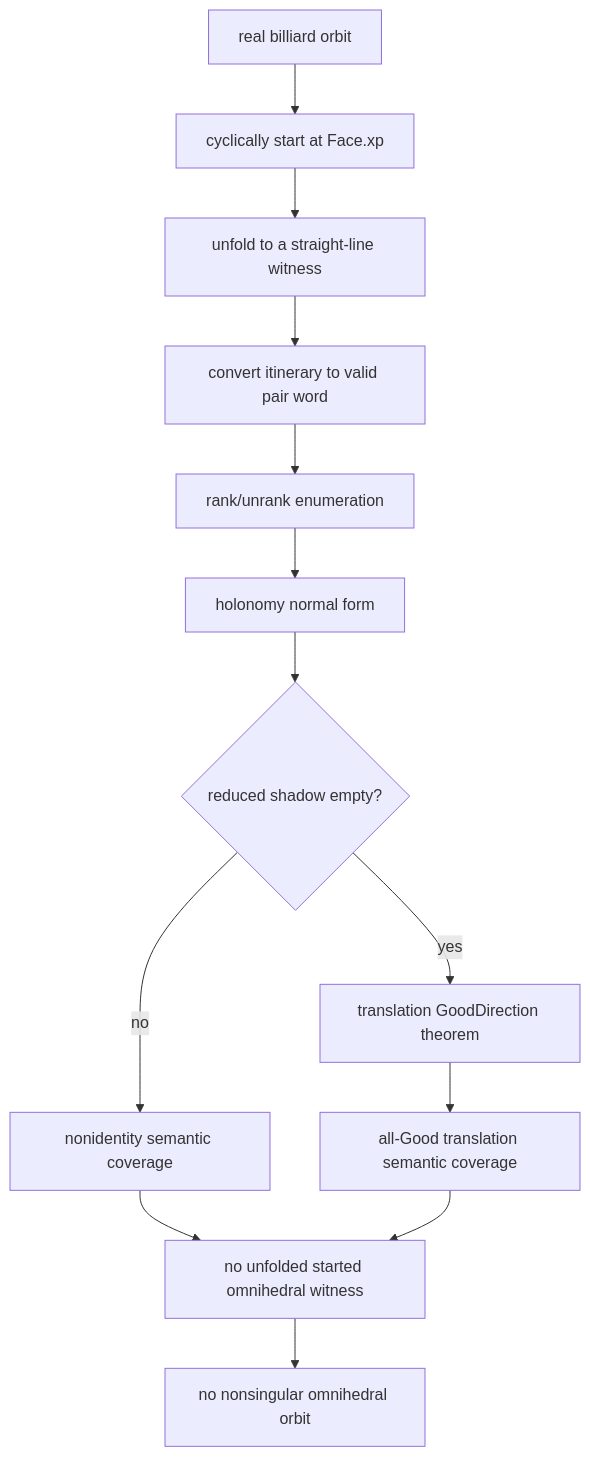
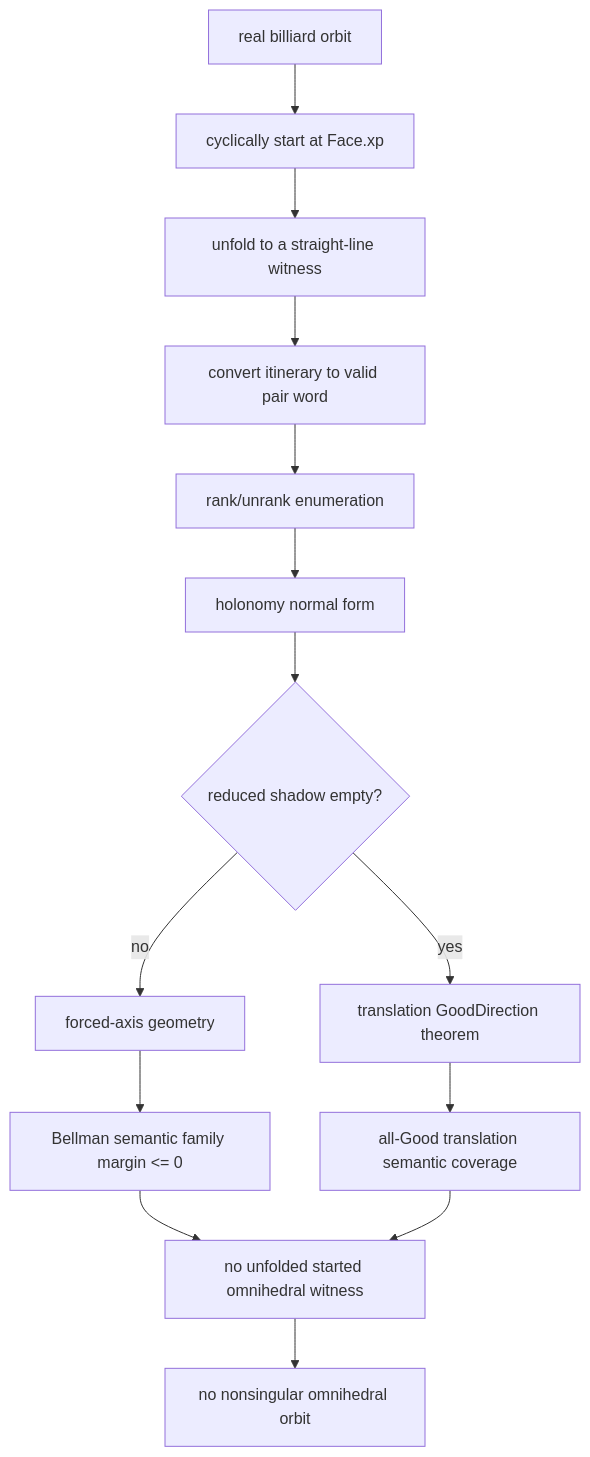
One commit to zpconn/cuboctahedron changed the fourth of 4 diagrams in README.md. Above: the diagram before and after it, drawn with Mermaid. The commit also changed other lines of this file and 1 other file, not shown here.

Commit message:
docs: explain Bellman proof strategy

````diff
--- a/README.md
+++ b/README.md
@@ -384,20 +458,21 @@
 ```mermaid
 flowchart TD
     A["real billiard orbit"]
     B["cyclically start at Face.xp"]
     C["unfold to a straight-line witness"]
     D["convert itinerary to valid pair word"]
     E["rank/unrank enumeration"]
     F["holonomy normal form"]
     G{"reduced shadow empty?"}
-    H["nonidentity semantic coverage"]
+    H["forced-axis geometry"]
+    HB["Bellman semantic family margin <= 0"]
     I["translation GoodDirection theorem"]
     J["all-Good translation semantic coverage"]
     K["no unfolded started omnihedral witness"]
     L["no nonsingular omnihedral orbit"]
 
     A --> B --> C --> D --> E --> F --> G
-    G -- "no" --> H --> K
+    G -- "no" --> H --> HB --> K
     G -- "yes" --> I --> J --> K
     K --> L
 ```
````
